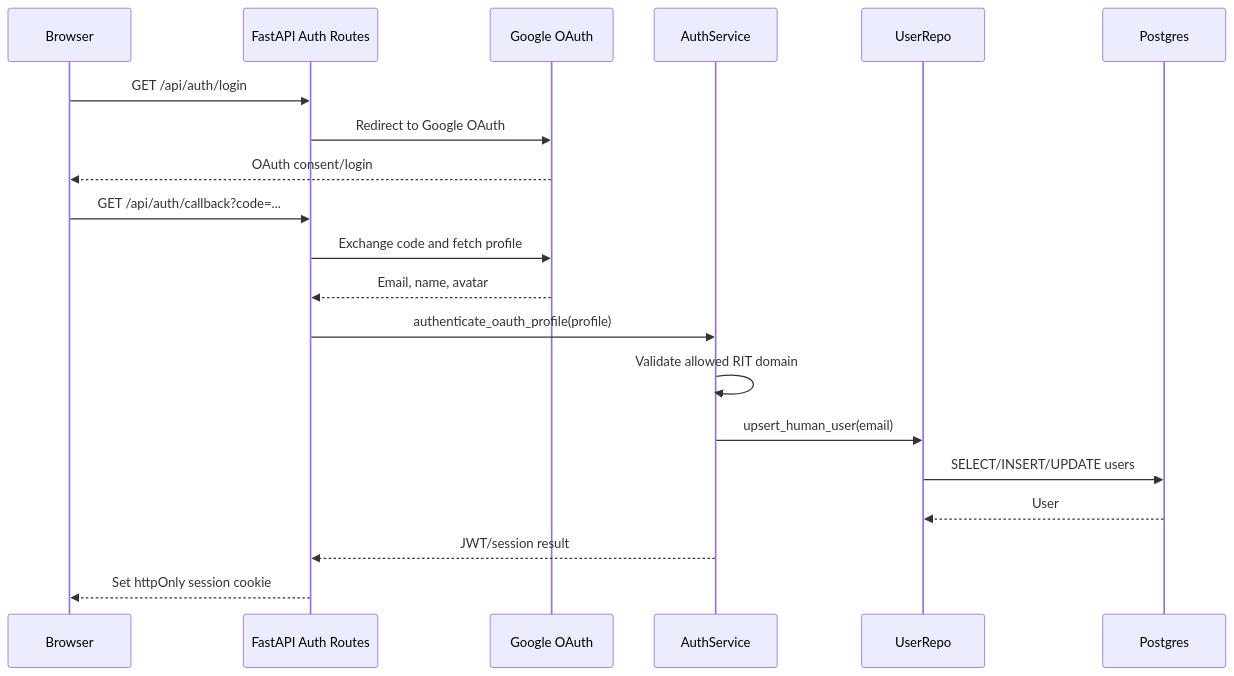
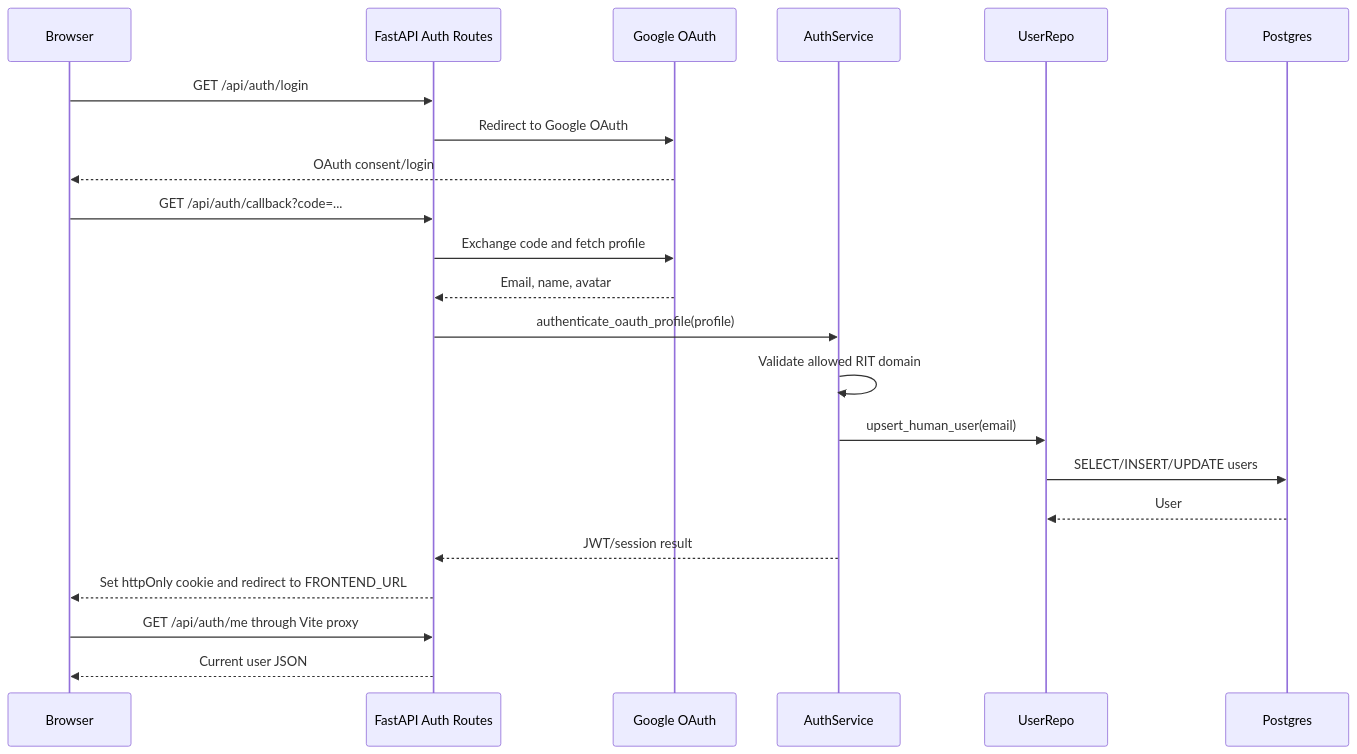
Before and after one commit to ShaneGiro/1829-Ventures: the third of 7 diagrams in DESIGN_DOC.md, drawn with Mermaid. The commit also changed other lines of this file and 24 other files, not shown here.

````diff
--- a/DESIGN_DOC.md
+++ b/DESIGN_DOC.md
@@ -499,23 +564,25 @@
 ```mermaid
 sequenceDiagram
     participant Browser
     participant AuthRoutes as FastAPI Auth Routes
     participant Google as Google OAuth
     participant AuthService
     participant UserRepo
     participant Postgres
 
     Browser->>AuthRoutes: GET /api/auth/login
     AuthRoutes->>Google: Redirect to Google OAuth
     Google-->>Browser: OAuth consent/login
     Browser->>AuthRoutes: GET /api/auth/callback?code=...
     AuthRoutes->>Google: Exchange code and fetch profile
     Google-->>AuthRoutes: Email, name, avatar
     AuthRoutes->>AuthService: authenticate_oauth_profile(profile)
     AuthService->>AuthService: Validate allowed RIT domain
     AuthService->>UserRepo: upsert_human_user(email)
     UserRepo->>Postgres: SELECT/INSERT/UPDATE users
     Postgres-->>UserRepo: User
     AuthService-->>AuthRoutes: JWT/session result
-    AuthRoutes-->>Browser: Set httpOnly session cookie
+    AuthRoutes-->>Browser: Set httpOnly cookie and redirect to FRONTEND_URL
+    Browser->>AuthRoutes: GET /api/auth/me through Vite proxy
+    AuthRoutes-->>Browser: Current user JSON
 ```
````
